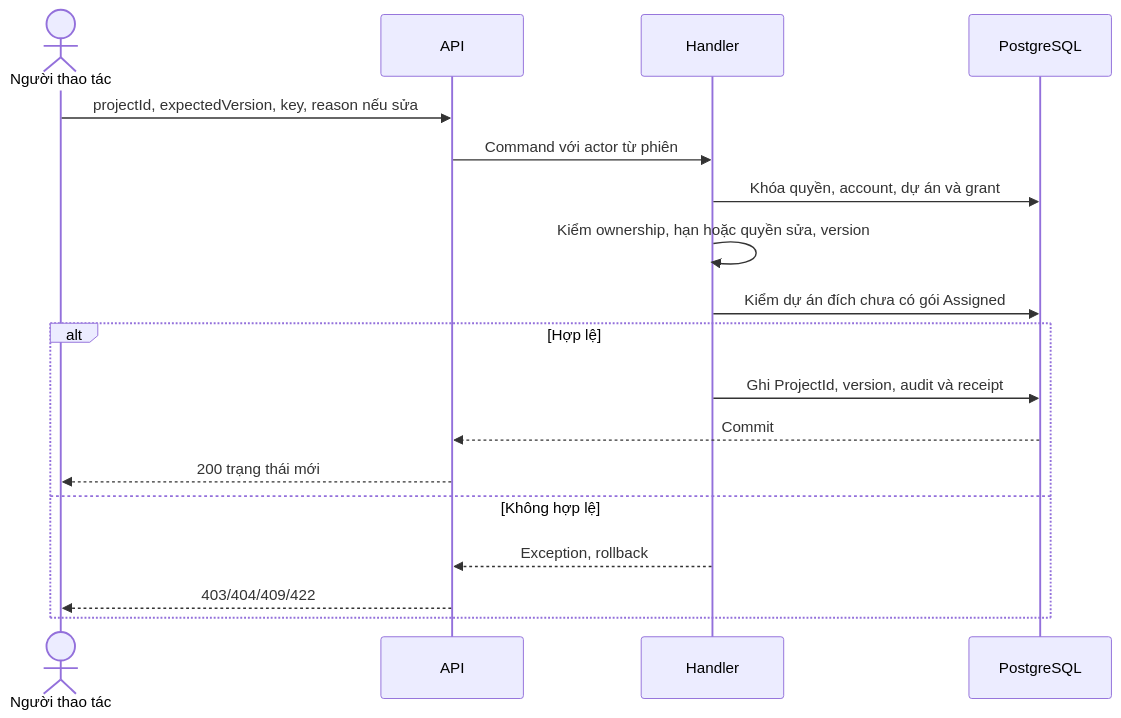
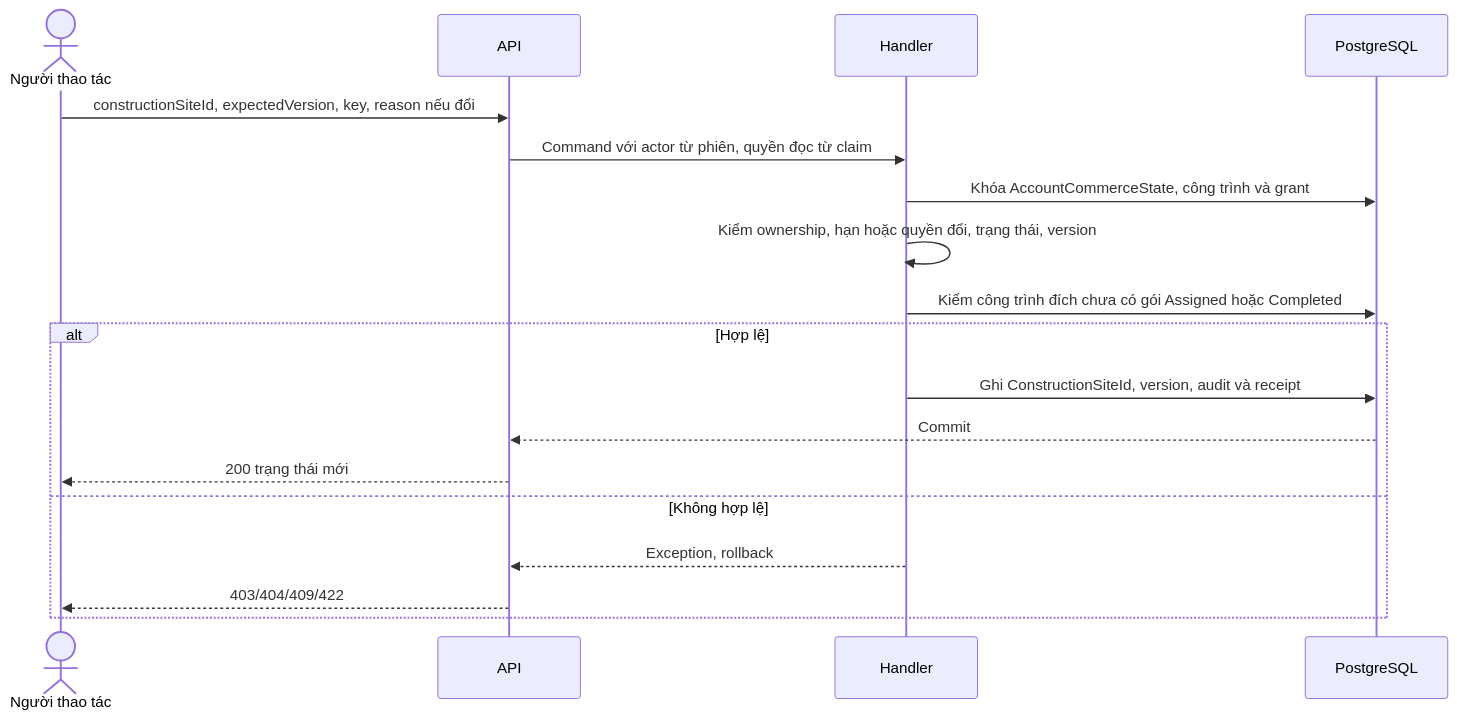
The second of 5 diagrams in tdd/TDD-SUB-004.md (TaskCoper/bmt-documentation), drawn with Mermaid before and after one commit. The commit also changed other lines of this file and 19 other files, not shown here.

````diff
--- a/tdd/TDD-SUB-004.md
+++ b/tdd/TDD-SUB-004.md
@@ -118,20 +120,20 @@
 ```mermaid
 sequenceDiagram
     actor U as Người thao tác
     participant A as API
     participant H as Handler
     participant D as PostgreSQL
-    U->>A: projectId, expectedVersion, key, reason nếu sửa
-    A->>H: Command với actor từ phiên
-    H->>D: Khóa quyền, account, dự án và grant
-    H->>H: Kiểm ownership, hạn hoặc quyền sửa, version
-    H->>D: Kiểm dự án đích chưa có gói Assigned
+    U->>A: constructionSiteId, expectedVersion, key, reason nếu đổi
+    A->>H: Command với actor từ phiên, quyền đọc từ claim
+    H->>D: Khóa AccountCommerceState, công trình và grant
+    H->>H: Kiểm ownership, hạn hoặc quyền đổi, trạng thái, version
+    H->>D: Kiểm công trình đích chưa có gói Assigned hoặc Completed
     alt Hợp lệ
-      H->>D: Ghi ProjectId, version, audit và receipt
+      H->>D: Ghi ConstructionSiteId, version, audit và receipt
       D-->>A: Commit
       A-->>U: 200 trạng thái mới
     else Không hợp lệ
       H-->>A: Exception, rollback
       A-->>U: 403/404/409/422
     end
 ```
````
